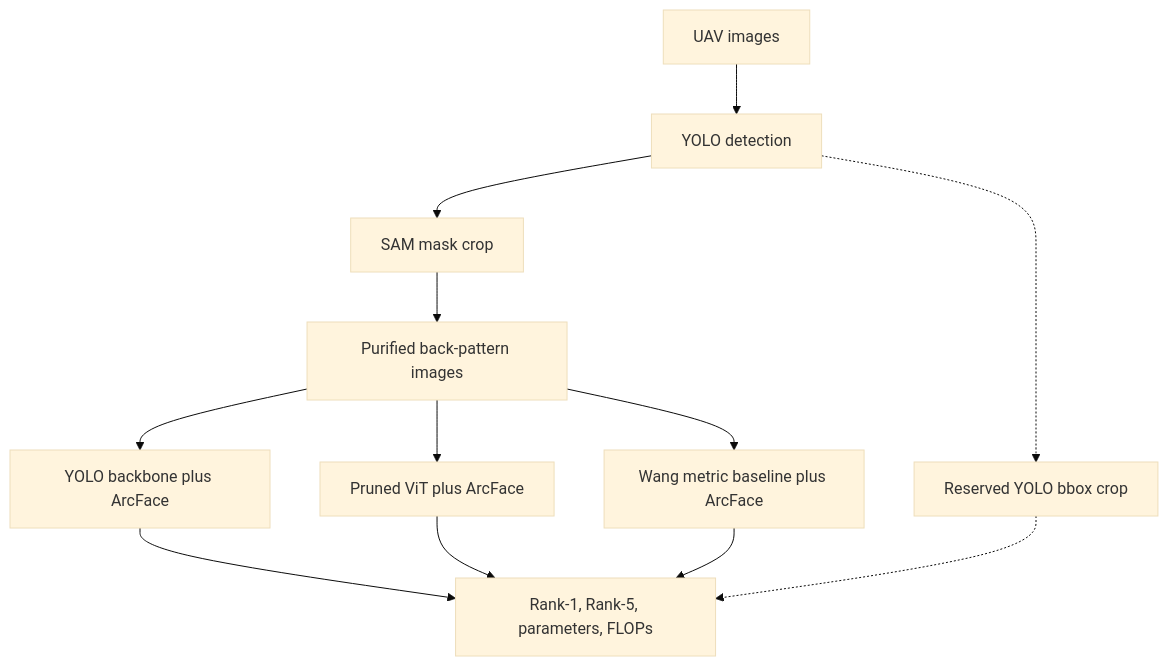
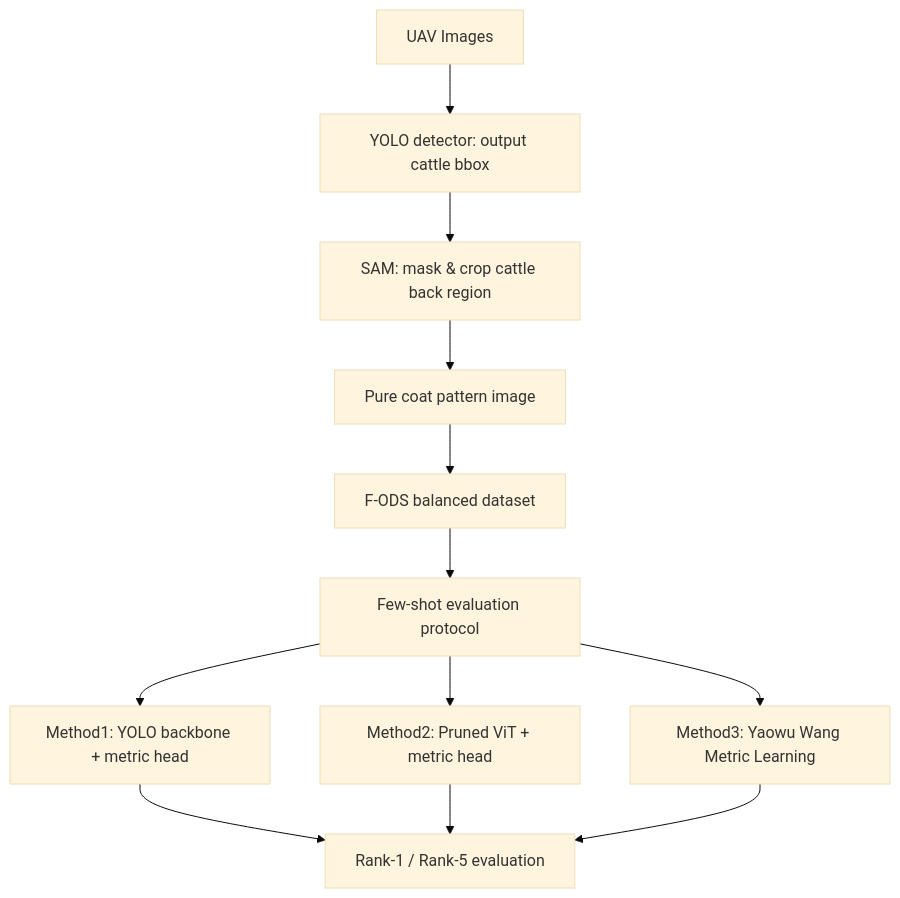
One commit to tianyi-star/2d_cattle changed the diagram in README.md. Above: the diagram before and after it, drawn with Mermaid (base theme). The commit also changed other lines of this file, not shown here.

First line of the commit message:
Document the comparison flow and the shared ArcFace head. (#9)

````diff
--- a/README.md
+++ b/README.md
@@ -13,14 +13,12 @@
 ```mermaid
 flowchart TD
-    uav[UAV images] --> det[YOLO detection]
-    det --> sam[SAM mask crop]
-    sam --> pattern[Purified back-pattern images]
-    pattern --> cnn[YOLO backbone plus ArcFace]
-    pattern --> vit[Pruned ViT plus ArcFace]
-    pattern --> wang[Wang metric baseline plus ArcFace]
-    cnn --> protocol["Rank-1, Rank-5, parameters, FLOPs"]
-    vit --> protocol
-    wang --> protocol
-    det -.-> bbox[Reserved YOLO bbox crop]
-    bbox -.-> protocol
+    A[UAV Images] --> B["YOLO detector: output cattle bbox"]
+    B --> C["SAM: mask & crop cattle back region"]
+    C --> D[Pure coat pattern image]
+    D --> E[F-ODS balanced dataset]
+    E --> F[Few-shot evaluation protocol]
+    F --> G["Method1: YOLO backbone + metric head"]
+    F --> H["Method2: Pruned ViT + metric head"]
+    F --> I["Method3: Yaowu Wang Metric Learning"]
+    G & H & I --> J["Rank-1 / Rank-5 evaluation"]
 ```
````
